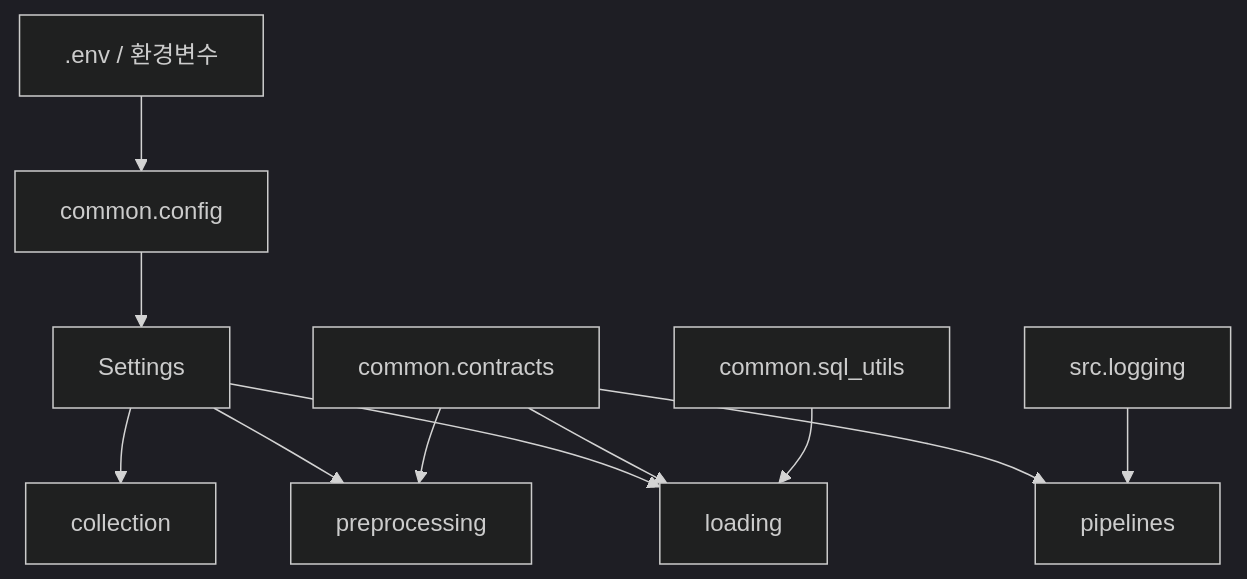
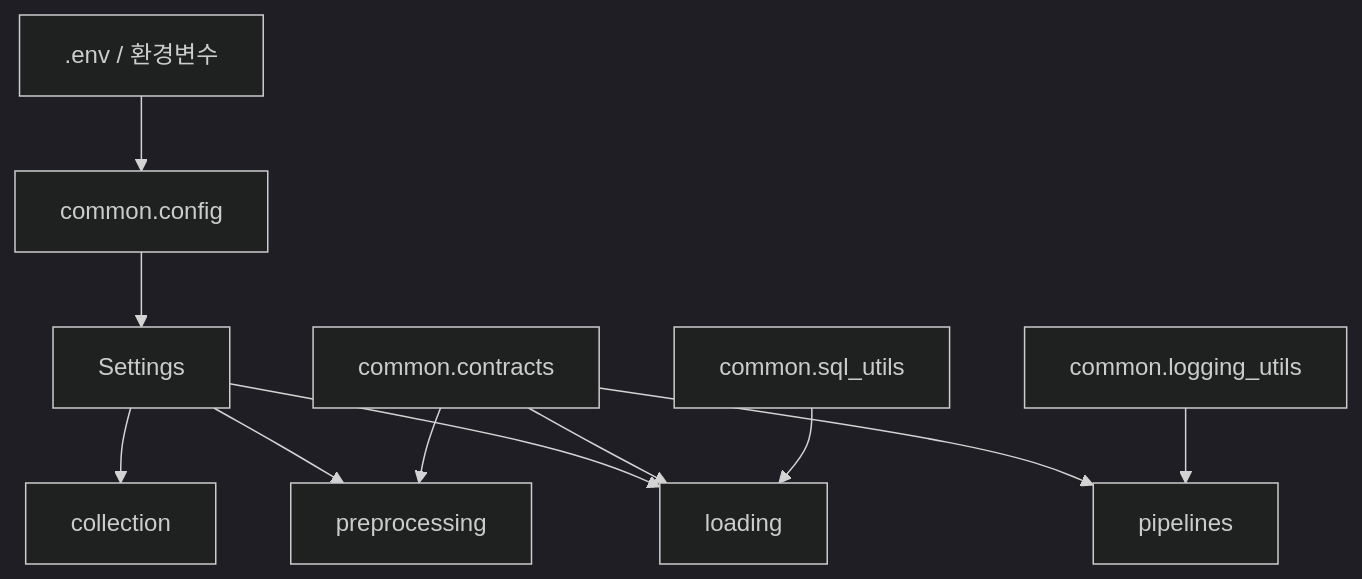
Before and after one commit to encore-ai-campus/mlo-01-p1-team3: the diagram in src/common/README.md, drawn with Mermaid (dark theme). The commit also changed other lines of this file and 4 other files, not shown here.

Commit message:
refactor: clean up common.logging_utils path and dependencies

````diff
--- a/src/common/README.md
+++ b/src/common/README.md
@@ -20,13 +20,13 @@
 ```mermaid
 flowchart TD
     Env[".env / 환경변수"] --> Config["common.config"]
     Config --> Settings["Settings"]
     Settings --> Collection["collection"]
     Settings --> Preprocessing["preprocessing"]
     Settings --> Loading["loading"]
     Contracts["common.contracts"] --> Pipelines["pipelines"]
     Contracts --> Preprocessing
     Contracts --> Loading
-    Logging["src.logging"] --> Pipelines
+    Logging["common.logging_utils"] --> Pipelines
     SQLUtils["common.sql_utils"] --> Loading
 ```
````
